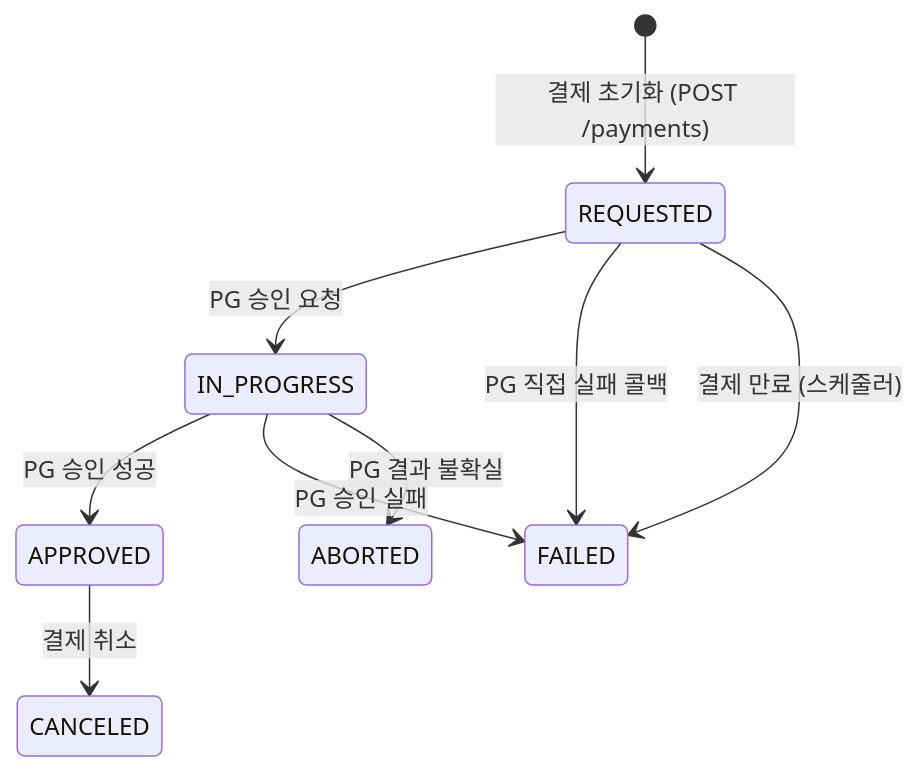
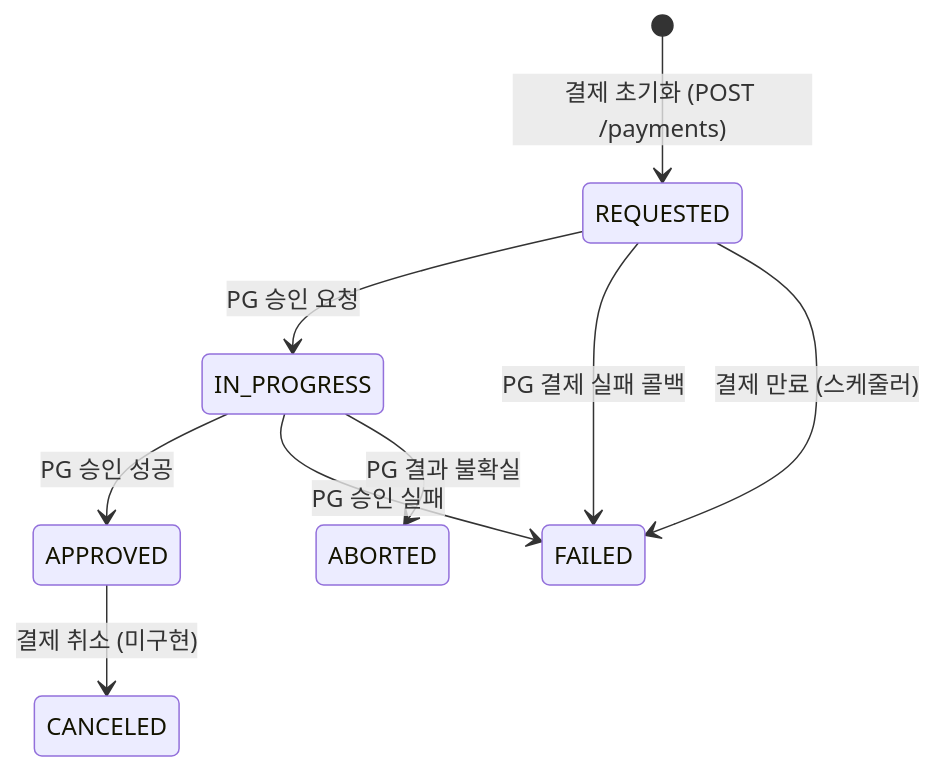
The third of 3 diagrams in docs/design/flow.md (wocks1123/commerce-msa), drawn with Mermaid before and after one commit. The commit also changed other lines of this file, not shown here.

First line of the commit message:
docs: flow 시퀀스 다이어그램 수정

````diff
--- a/docs/design/flow.md
+++ b/docs/design/flow.md
@@ -72,11 +90,11 @@
 ```mermaid
 stateDiagram-v2
     [*] --> REQUESTED: 결제 초기화 (POST /payments)
     REQUESTED --> IN_PROGRESS: PG 승인 요청
     IN_PROGRESS --> APPROVED: PG 승인 성공
     IN_PROGRESS --> FAILED: PG 승인 실패
     IN_PROGRESS --> ABORTED: PG 결과 불확실
-    REQUESTED --> FAILED: PG 직접 실패 콜백
+    REQUESTED --> FAILED: PG 결제 실패 콜백
     REQUESTED --> FAILED: 결제 만료 (스케줄러)
-    APPROVED --> CANCELED: 결제 취소
+    APPROVED --> CANCELED: 결제 취소 (미구현)
 ```
````
